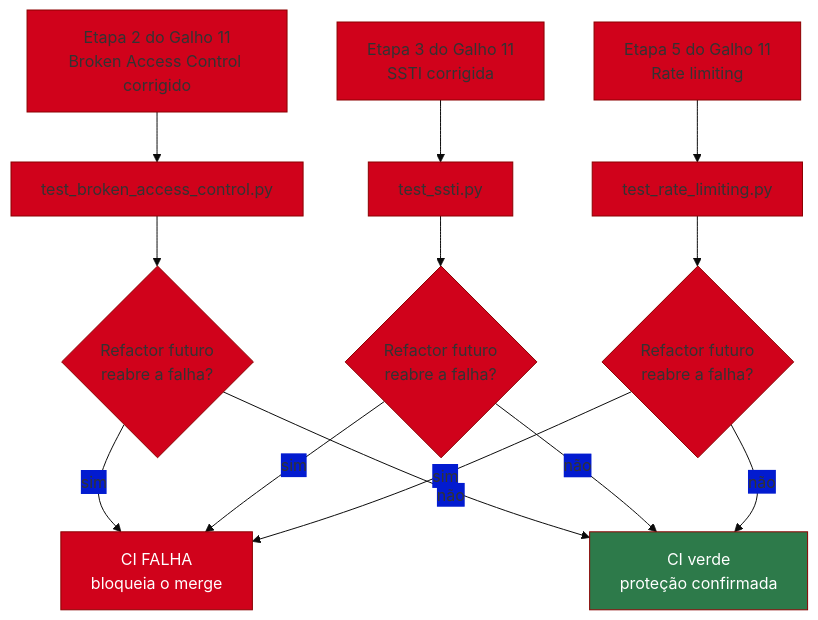
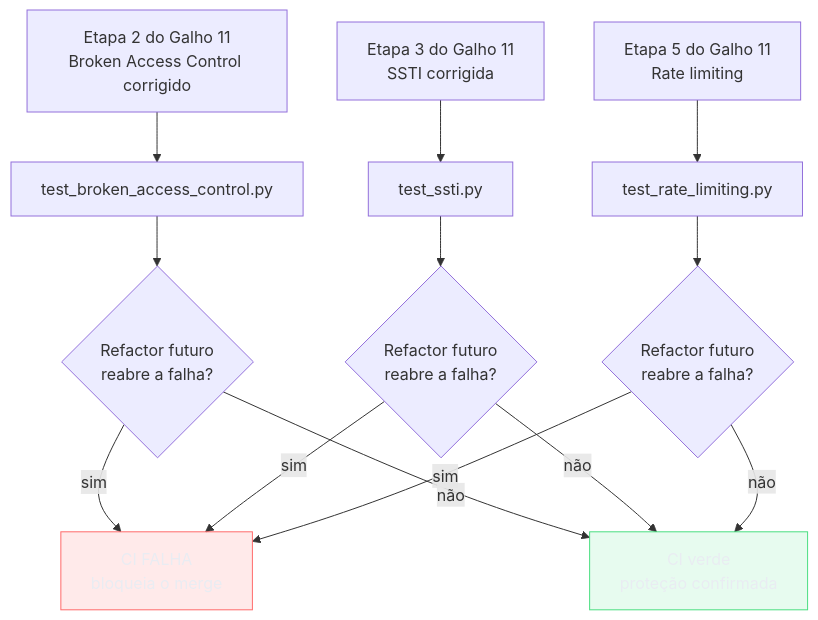
Before and after one commit to josenaldo/codex-technomanticus: the second of 4 diagrams in 03-Dominios/Tecnologia/Python/Testes/09 - Capstone — a suíte de testes da API de Tarefas.md, drawn with Mermaid. The commit also changed other lines of this file and 1181 other files, not shown here.

First line of the commit message:
fix(diagramas): paleta do sistema no lugar de cor cravada no markdown

````diff
--- a/03-Dominios/Tecnologia/Python/Testes/09 - Capstone — a suíte de testes da API de Tarefas.md
+++ b/03-Dominios/Tecnologia/Python/Testes/09 - Capstone — a suíte de testes da API de Tarefas.md
@@ -366,21 +367,22 @@
 ```mermaid
-%%{init: {"theme": "base", "themeVariables": {"primaryColor": "#D0021B", "primaryBorderColor": "#8B0000"}}}%%
 flowchart TD
+    classDef falha fill:#FF6B6B24,stroke:#FF6B6B,color:#E9ECF2
+    classDef ok fill:#4ADE8021,stroke:#4ADE80,color:#E9ECF2
     E2["Etapa 2 do Galho 11\nBroken Access Control corrigido"] --> T1["test_broken_access_control.py"]
     E3["Etapa 3 do Galho 11\nSSTI corrigida"] --> T2["test_ssti.py"]
     E5["Etapa 5 do Galho 11\nRate limiting"] --> T3["test_rate_limiting.py"]
 
     T1 --> R1{"Refactor futuro\nreabre a falha?"}
     T2 --> R2{"Refactor futuro\nreabre a falha?"}
     T3 --> R3{"Refactor futuro\nreabre a falha?"}
 
     R1 -->|"sim"| F["CI FALHA\nbloqueia o merge"]
     R2 -->|"sim"| F
     R3 -->|"sim"| F
     R1 -->|"não"| OK["CI verde\nproteção confirmada"]
     R2 -->|"não"| OK
     R3 -->|"não"| OK
 
-    style F fill:#D0021B,color:#fff
-    style OK fill:#2d7a4a,color:#fff
+    class F falha
+    class OK ok
 ```
````
